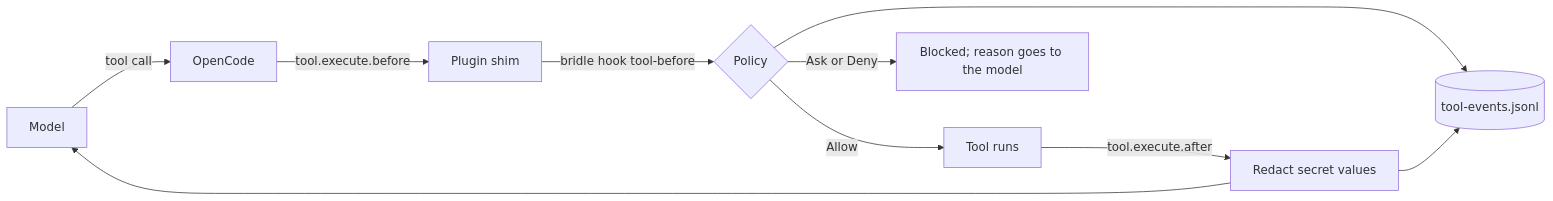
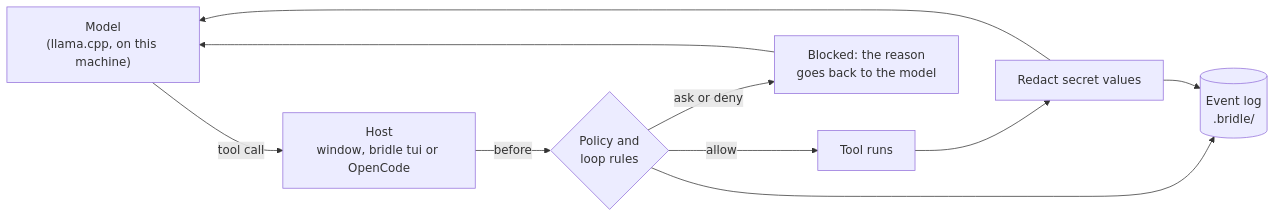
The diagram in README.md (kushagrathisside/bridle), drawn with Mermaid before and after one commit. The commit also changed other lines of this file and 1 other file, not shown here.

First line of the commit message:
docs: rewrite the README for the Bridle window

````diff
--- a/README.md
+++ b/README.md
@@ -42,12 +64,12 @@
 ```mermaid
 flowchart LR
-    M[Model] -->|tool call| O[OpenCode]
-    O -->|tool.execute.before| S[Plugin shim]
-    S -->|bridle hook tool-before| P{Policy}
-    P -->|Allow| T[Tool runs]
-    P -->|Ask or Deny| B[Blocked; reason goes to the model]
-    T -->|tool.execute.after| R[Redact secret values]
+    M["Model<br/>(llama.cpp, on this machine)"] -->|tool call| H["Host<br/>window, bridle tui or OpenCode"]
+    H -->|before| P{"Policy and<br/>loop rules"}
+    P -->|allow| T["Tool runs"]
+    P -->|ask or deny| B["Blocked: the reason<br/>goes back to the model"]
+    T --> R["Redact secret values"]
     R --> M
-    P --> L[(tool-events.jsonl)]
+    B --> M
+    P --> L[("Event log<br/>.bridle/")]
     R --> L
 ```
````
